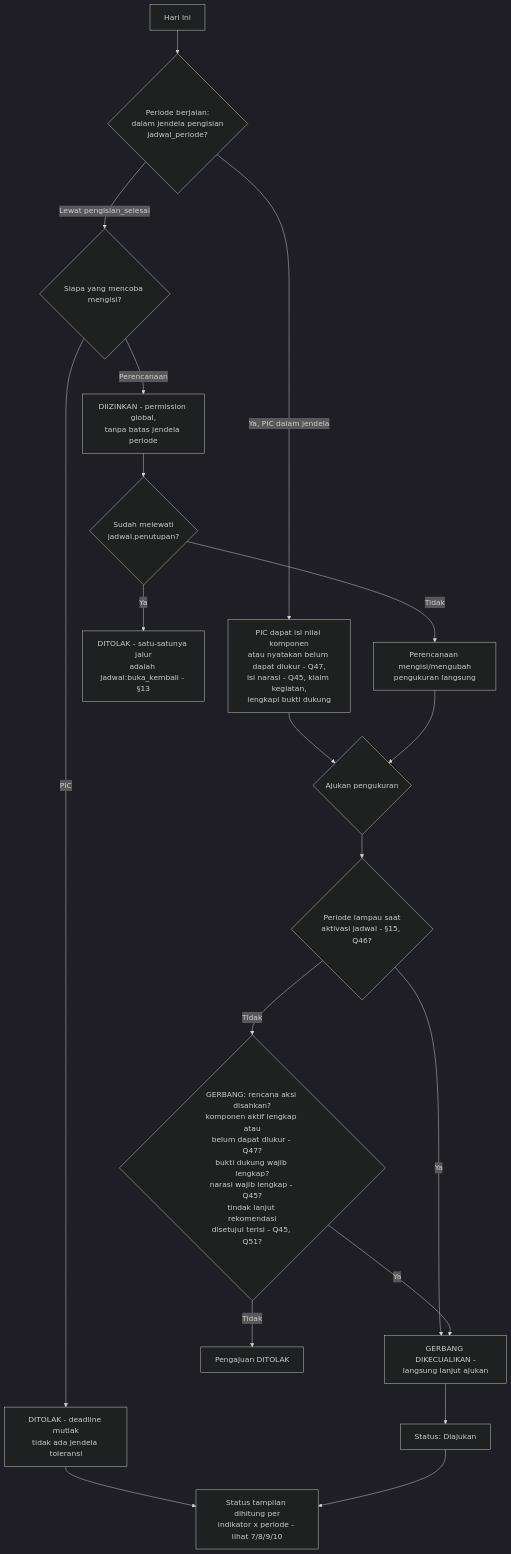
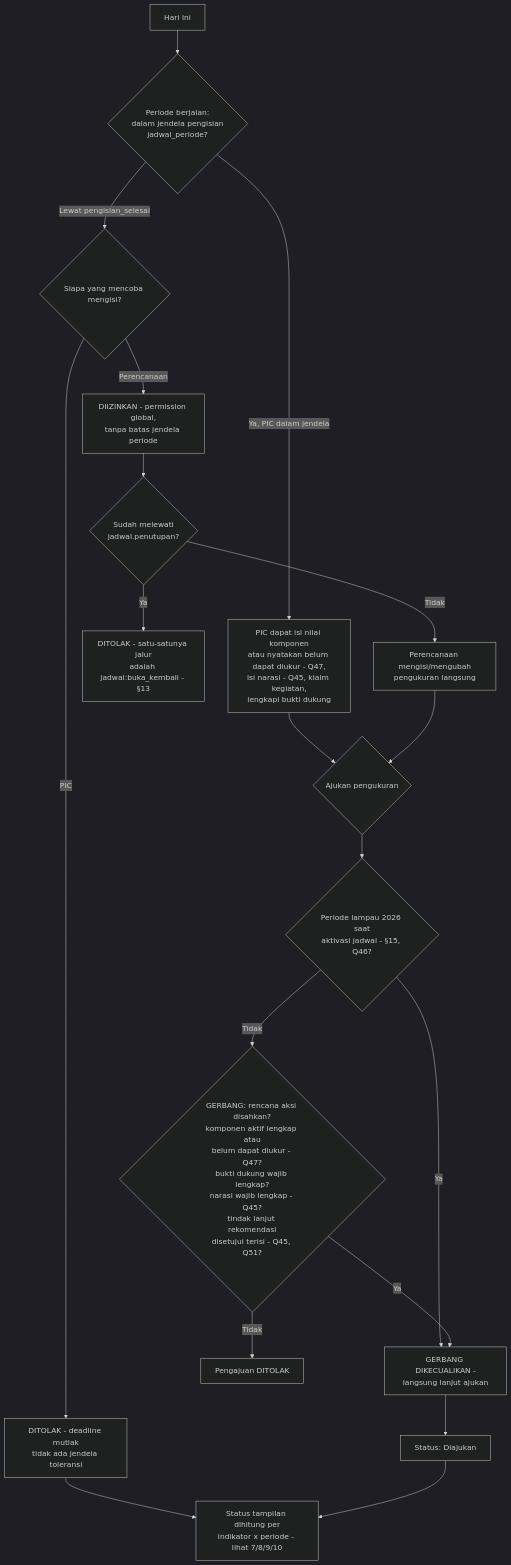
Diagram 11 of 21 in document/SAKIP - Workflow.md (LLDIKTI-XVI-TEAM/SAKIP), drawn with Mermaid (dark theme) before and after one commit. The commit also changed other lines of this file and 6 other files, not shown here.

First line of the commit message:
docs(iss-05-07): selaraskan frasa periode lampau menjadi periode lampau 2026

````diff
--- a/document/SAKIP - Workflow.md
+++ b/document/SAKIP - Workflow.md
@@ -1365,21 +1365,21 @@
 ```mermaid
 flowchart TD
     A[Hari ini] --> B{Periode berjalan:\ndalam jendela pengisian\njadwal_periode?}
     B -- Ya, PIC dalam jendela --> C[PIC dapat isi nilai komponen\natau nyatakan belum dapat diukur - Q47,\nisi narasi - Q45, klaim kegiatan,\nlengkapi bukti dukung]
     B -- Lewat pengisian_selesai --> D{Siapa yang mencoba mengisi?}
     D -- PIC --> E[DITOLAK - deadline mutlak\ntidak ada jendela toleransi]
     D -- Perencanaan --> F[DIIZINKAN - permission global,\ntanpa batas jendela periode]
     F --> G{Sudah melewati\njadwal.penutupan?}
     G -- Ya --> H[DITOLAK - satu-satunya jalur\nadalah jadwal:buka_kembali - §13]
     G -- Tidak --> I[Perencanaan mengisi/mengubah\npengukuran langsung]
     C --> J{Ajukan pengukuran}
     I --> J
-    J --> K{Periode lampau saat\naktivasi jadwal - §15, Q46?}
+    J --> K{Periode lampau 2026 saat\naktivasi jadwal - §15, Q46?}
     K -- Ya --> L[GERBANG DIKECUALIKAN -\nlangsung lanjut ajukan]
     K -- Tidak --> M{GERBANG: rencana aksi disahkan?\nkomponen aktif lengkap atau\nbelum dapat diukur - Q47?\nbukti dukung wajib lengkap?\nnarasi wajib lengkap - Q45?\ntindak lanjut rekomendasi\ndisetujui terisi - Q45, Q51?}
     M -- Tidak --> N[Pengajuan DITOLAK]
     M -- Ya --> L
     L --> O[Status: Diajukan]
     E --> P[Status tampilan dihitung per\nindikator x periode - lihat 7/8/9/10]
     O --> P
 ```
````
